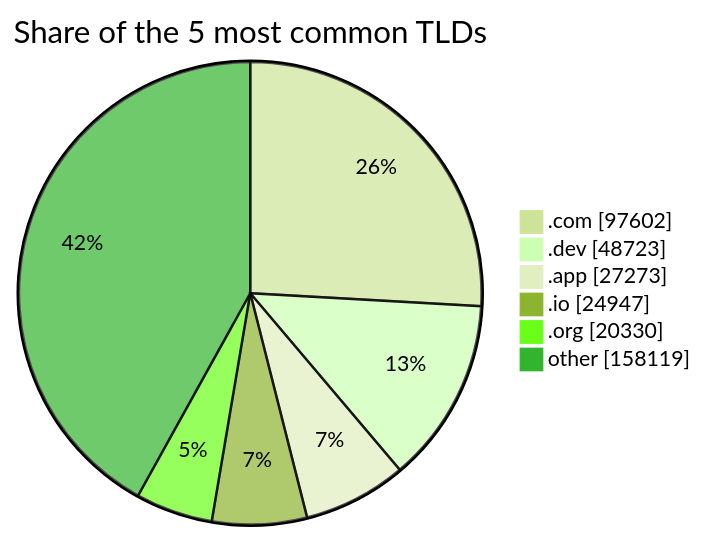
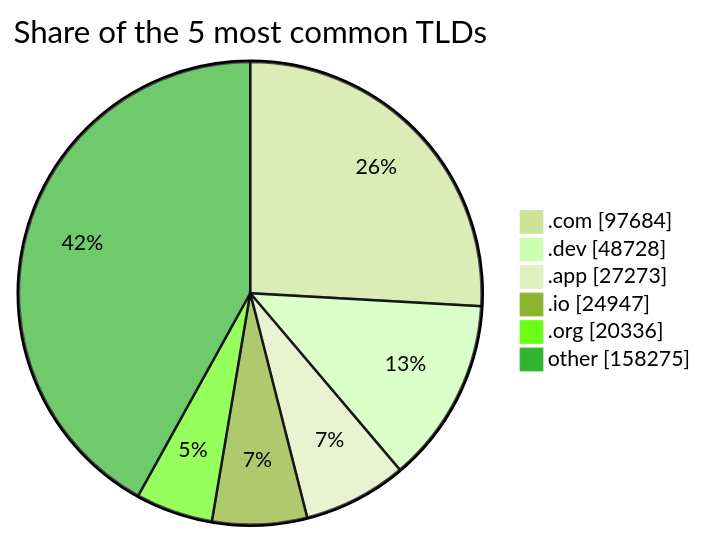
The third of 3 diagrams in README.md (DNSBunker/CTI), drawn with Mermaid (forest theme) before and after one commit. The commit also changed other lines of this file and 3 other files, not shown here.

````diff
--- a/README.md
+++ b/README.md
@@ -81,9 +81,9 @@
 ```mermaid
 pie showData title Share of the 5 most common TLDs
-    ".com" : 97602
-    ".dev" : 48723
+    ".com" : 97684
+    ".dev" : 48728
     ".app" : 27273
     ".io" : 24947
-    ".org" : 20330
-    "other" : 158119
+    ".org" : 20336
+    "other" : 158275
 ```
````
